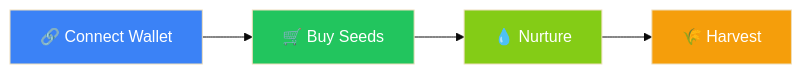
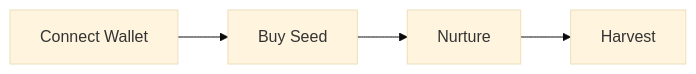
The second of 3 diagrams in gitbook/overview/how-it-works.md (OwnaFarm/docs), drawn with Mermaid (base theme) before and after one commit. The commit also changed other lines of this file and 17 other files, not shown here.

````diff
--- a/gitbook/overview/how-it-works.md
+++ b/gitbook/overview/how-it-works.md
@@ -61,11 +36,6 @@
 ```mermaid
 flowchart LR
-    A[🔗 Connect Wallet] --> B[🛒 Buy Seeds]
-    B --> C[💧 Nurture]
-    C --> D[🌾 Harvest]
-
-    style A fill:#3b82f6,color:#fff
-    style B fill:#22c55e,color:#fff
-    style C fill:#84cc16,color:#fff
-    style D fill:#f59e0b,color:#fff
+    A[Connect Wallet] --> B[Buy Seed]
+    B --> C[Nurture]
+    C --> D[Harvest]
 ```
````
